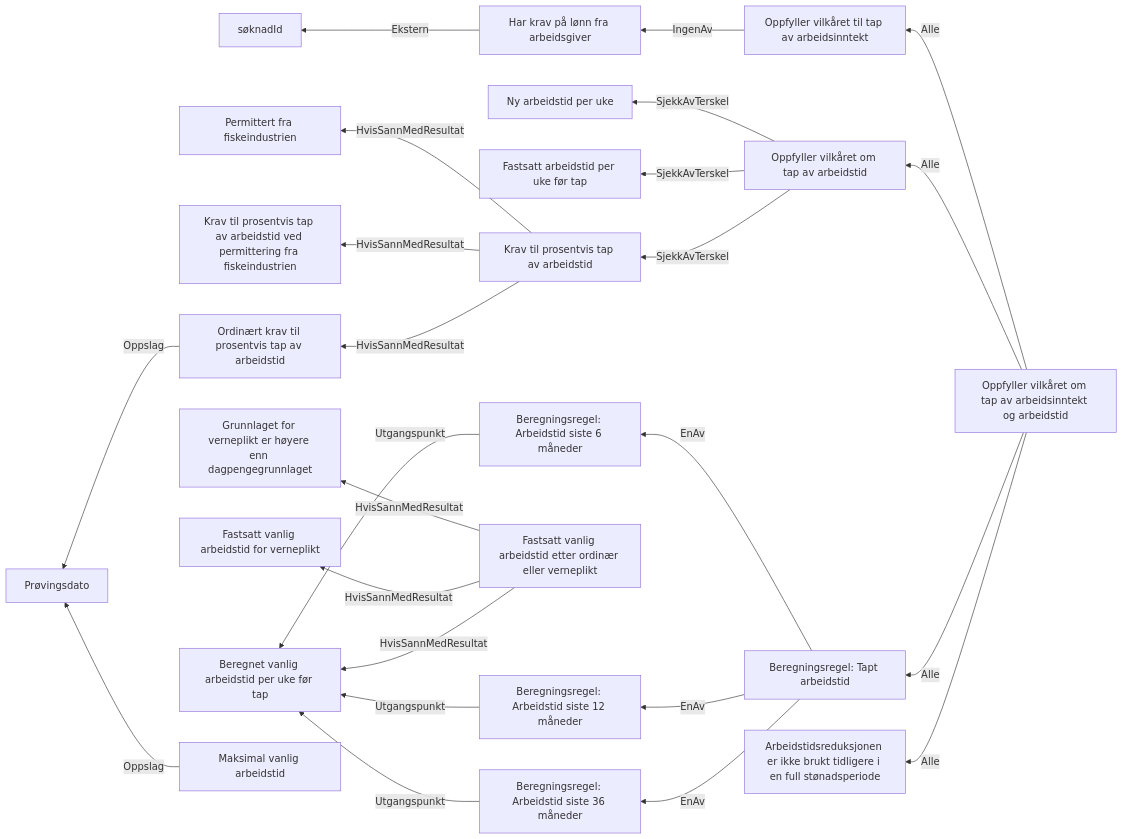
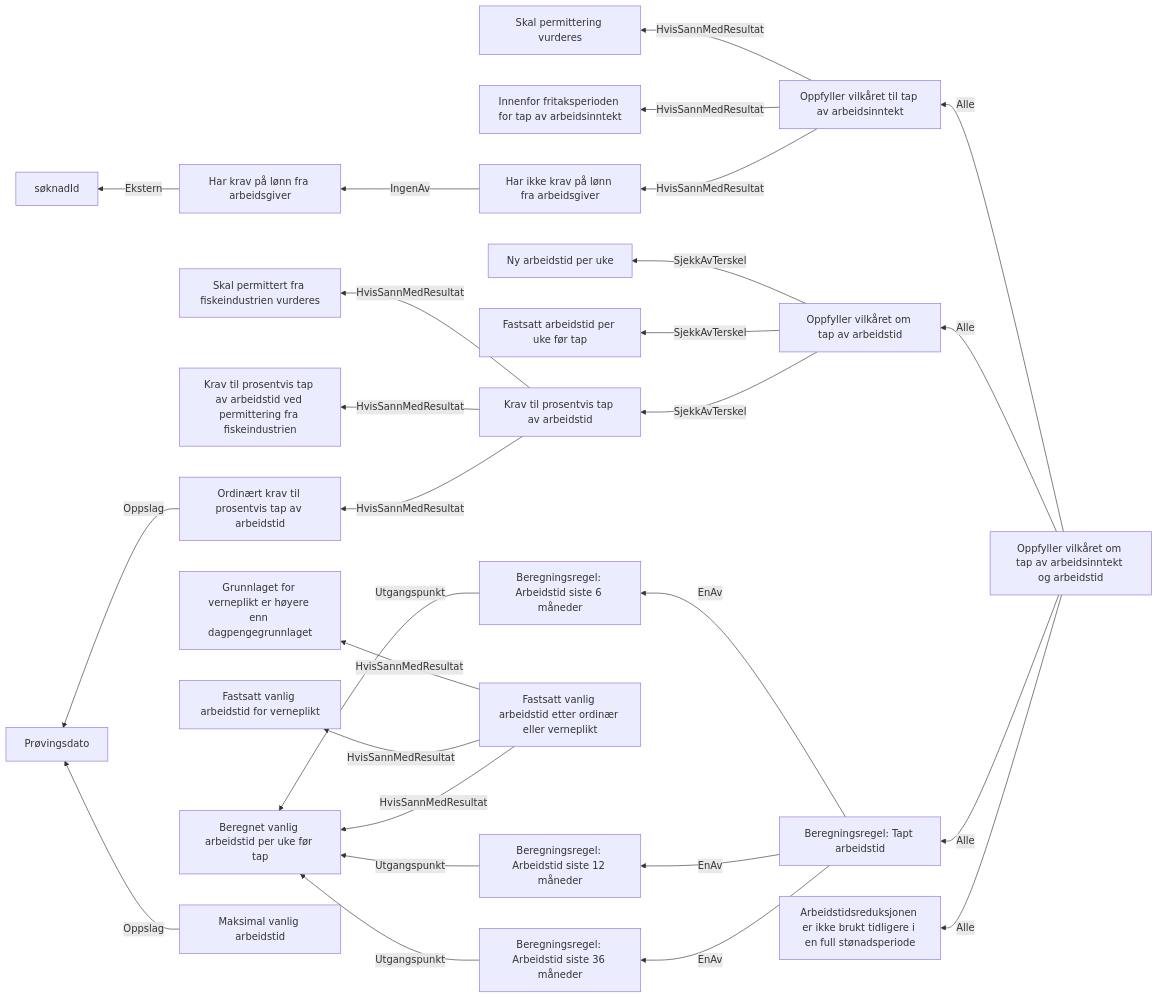
One commit to navikt/dp-behandling changed the diagram in docs/regler/§ 4-3. Tap av arbeidsinntekt og arbeidstid.approved.md. Above: the diagram before and after it, drawn with Mermaid. The commit also changed 44 other files, not shown here.

Commit message:
Tell fritaksperiode ved permittering som en kvote

````diff
--- a/docs/regler/§ 4-3. Tap av arbeidsinntekt og arbeidstid.approved.md
+++ b/docs/regler/§ 4-3. Tap av arbeidsinntekt og arbeidstid.approved.md
@@ -5,26 +5,29 @@
 ```mermaid
 graph RL
   A["Har krav på lønn fra arbeidsgiver"] -->|"Ekstern"| B["søknadId"]
-  C["Oppfyller vilkåret til tap av arbeidsinntekt"] -->|"IngenAv"| A["Har krav på lønn fra arbeidsgiver"]
-  D["Ordinært krav til prosentvis tap av arbeidstid"] -->|"Oppslag"| E["Prøvingsdato"]
-  F["Krav til prosentvis tap av arbeidstid"] -->|"HvisSannMedResultat"| G["Permittert fra fiskeindustrien"]
-  F["Krav til prosentvis tap av arbeidstid"] -->|"HvisSannMedResultat"| H["Krav til prosentvis tap av arbeidstid ved permittering fra fiskeindustrien"]
-  F["Krav til prosentvis tap av arbeidstid"] -->|"HvisSannMedResultat"| D["Ordinært krav til prosentvis tap av arbeidstid"]
-  I["Beregningsregel: Arbeidstid siste 6 måneder"] -->|"Utgangspunkt"| J["Beregnet vanlig arbeidstid per uke før tap"]
-  K["Beregningsregel: Arbeidstid siste 12 måneder"] -->|"Utgangspunkt"| J["Beregnet vanlig arbeidstid per uke før tap"]
-  L["Beregningsregel: Arbeidstid siste 36 måneder"] -->|"Utgangspunkt"| J["Beregnet vanlig arbeidstid per uke før tap"]
-  M["Fastsatt vanlig arbeidstid etter ordinær eller verneplikt"] -->|"HvisSannMedResultat"| N["Grunnlaget for verneplikt er høyere enn dagpengegrunnlaget"]
-  M["Fastsatt vanlig arbeidstid etter ordinær eller verneplikt"] -->|"HvisSannMedResultat"| O["Fastsatt vanlig arbeidstid for verneplikt"]
-  M["Fastsatt vanlig arbeidstid etter ordinær eller verneplikt"] -->|"HvisSannMedResultat"| J["Beregnet vanlig arbeidstid per uke før tap"]
-  P["Maksimal vanlig arbeidstid"] -->|"Oppslag"| E["Prøvingsdato"]
-  Q["Oppfyller vilkåret om tap av arbeidstid"] -->|"SjekkAvTerskel"| R["Ny arbeidstid per uke"]
-  Q["Oppfyller vilkåret om tap av arbeidstid"] -->|"SjekkAvTerskel"| S["Fastsatt arbeidstid per uke før tap"]
-  Q["Oppfyller vilkåret om tap av arbeidstid"] -->|"SjekkAvTerskel"| F["Krav til prosentvis tap av arbeidstid"]
-  T["Beregningsregel: Tapt arbeidstid"] -->|"EnAv"| I["Beregningsregel: Arbeidstid siste 6 måneder"]
-  T["Beregningsregel: Tapt arbeidstid"] -->|"EnAv"| K["Beregningsregel: Arbeidstid siste 12 måneder"]
-  T["Beregningsregel: Tapt arbeidstid"] -->|"EnAv"| L["Beregningsregel: Arbeidstid siste 36 måneder"]
-  U["Oppfyller vilkåret om tap av arbeidsinntekt og arbeidstid"] -->|"Alle"| C["Oppfyller vilkåret til tap av arbeidsinntekt"]
-  U["Oppfyller vilkåret om tap av arbeidsinntekt og arbeidstid"] -->|"Alle"| Q["Oppfyller vilkåret om tap av arbeidstid"]
-  U["Oppfyller vilkåret om tap av arbeidsinntekt og arbeidstid"] -->|"Alle"| T["Beregningsregel: Tapt arbeidstid"]
-  U["Oppfyller vilkåret om tap av arbeidsinntekt og arbeidstid"] -->|"Alle"| V["Arbeidstidsreduksjonen er ikke brukt tidligere i en full stønadsperiode"]
+  C["Har ikke krav på lønn fra arbeidsgiver"] -->|"IngenAv"| A["Har krav på lønn fra arbeidsgiver"]
+  D["Oppfyller vilkåret til tap av arbeidsinntekt"] -->|"HvisSannMedResultat"| E["Skal permittering vurderes"]
+  D["Oppfyller vilkåret til tap av arbeidsinntekt"] -->|"HvisSannMedResultat"| F["Innenfor fritaksperioden for tap av arbeidsinntekt"]
+  D["Oppfyller vilkåret til tap av arbeidsinntekt"] -->|"HvisSannMedResultat"| C["Har ikke krav på lønn fra arbeidsgiver"]
+  G["Ordinært krav til prosentvis tap av arbeidstid"] -->|"Oppslag"| H["Prøvingsdato"]
+  I["Krav til prosentvis tap av arbeidstid"] -->|"HvisSannMedResultat"| J["Skal permittert fra fiskeindustrien vurderes"]
+  I["Krav til prosentvis tap av arbeidstid"] -->|"HvisSannMedResultat"| K["Krav til prosentvis tap av arbeidstid ved permittering fra fiskeindustrien"]
+  I["Krav til prosentvis tap av arbeidstid"] -->|"HvisSannMedResultat"| G["Ordinært krav til prosentvis tap av arbeidstid"]
+  L["Beregningsregel: Arbeidstid siste 6 måneder"] -->|"Utgangspunkt"| M["Beregnet vanlig arbeidstid per uke før tap"]
+  N["Beregningsregel: Arbeidstid siste 12 måneder"] -->|"Utgangspunkt"| M["Beregnet vanlig arbeidstid per uke før tap"]
+  O["Beregningsregel: Arbeidstid siste 36 måneder"] -->|"Utgangspunkt"| M["Beregnet vanlig arbeidstid per uke før tap"]
+  P["Fastsatt vanlig arbeidstid etter ordinær eller verneplikt"] -->|"HvisSannMedResultat"| Q["Grunnlaget for verneplikt er høyere enn dagpengegrunnlaget"]
+  P["Fastsatt vanlig arbeidstid etter ordinær eller verneplikt"] -->|"HvisSannMedResultat"| R["Fastsatt vanlig arbeidstid for verneplikt"]
+  P["Fastsatt vanlig arbeidstid etter ordinær eller verneplikt"] -->|"HvisSannMedResultat"| M["Beregnet vanlig arbeidstid per uke før tap"]
+  S["Maksimal vanlig arbeidstid"] -->|"Oppslag"| H["Prøvingsdato"]
+  T["Oppfyller vilkåret om tap av arbeidstid"] -->|"SjekkAvTerskel"| U["Ny arbeidstid per uke"]
+  T["Oppfyller vilkåret om tap av arbeidstid"] -->|"SjekkAvTerskel"| V["Fastsatt arbeidstid per uke før tap"]
+  T["Oppfyller vilkåret om tap av arbeidstid"] -->|"SjekkAvTerskel"| I["Krav til prosentvis tap av arbeidstid"]
+  W["Beregningsregel: Tapt arbeidstid"] -->|"EnAv"| L["Beregningsregel: Arbeidstid siste 6 måneder"]
+  W["Beregningsregel: Tapt arbeidstid"] -->|"EnAv"| N["Beregningsregel: Arbeidstid siste 12 måneder"]
+  W["Beregningsregel: Tapt arbeidstid"] -->|"EnAv"| O["Beregningsregel: Arbeidstid siste 36 måneder"]
+  X["Oppfyller vilkåret om tap av arbeidsinntekt og arbeidstid"] -->|"Alle"| D["Oppfyller vilkåret til tap av arbeidsinntekt"]
+  X["Oppfyller vilkåret om tap av arbeidsinntekt og arbeidstid"] -->|"Alle"| T["Oppfyller vilkåret om tap av arbeidstid"]
+  X["Oppfyller vilkåret om tap av arbeidsinntekt og arbeidstid"] -->|"Alle"| W["Beregningsregel: Tapt arbeidstid"]
+  X["Oppfyller vilkåret om tap av arbeidsinntekt og arbeidstid"] -->|"Alle"| Y["Arbeidstidsreduksjonen er ikke brukt tidligere i en full stønadsperiode"]
 ```
````
